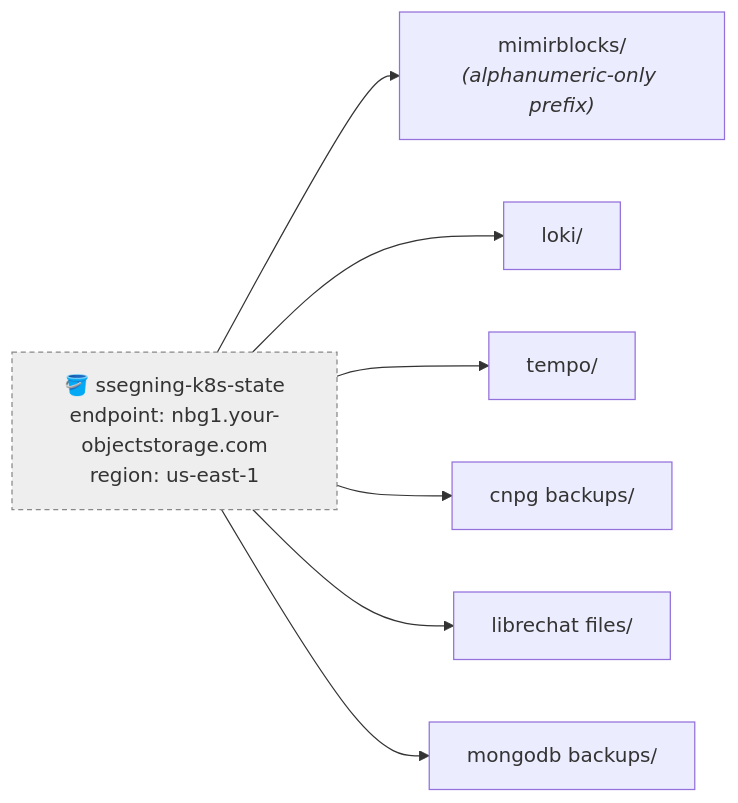
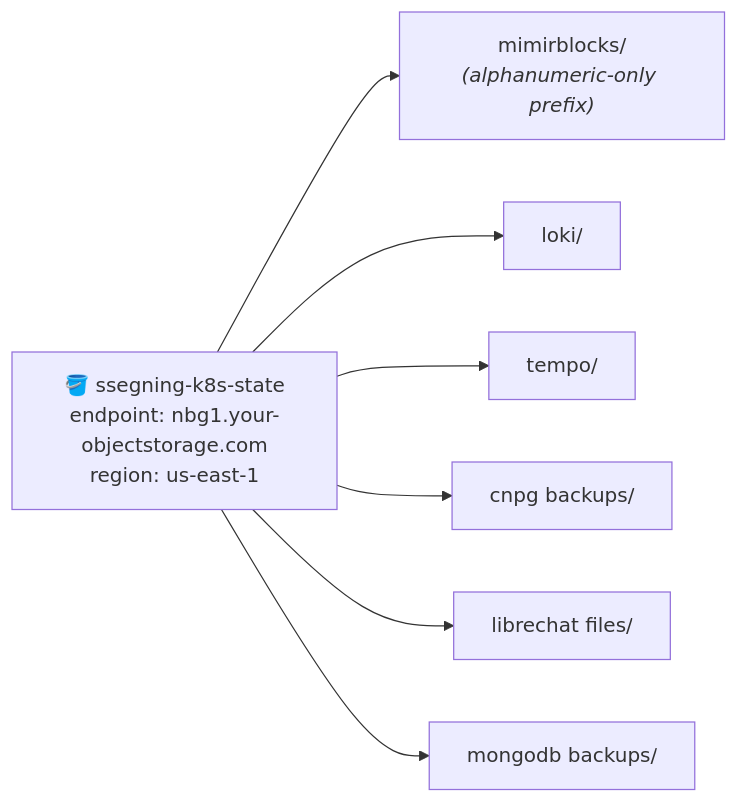
One commit to ADORSYS-GIS/ai-helm changed the second of 4 diagrams in docs/architecture/07-data-secrets.md. Above: the diagram before and after it, drawn with Mermaid. The commit also changed other lines of this file and 13 other files, not shown here.

First line of the commit message:
docs(architecture): uncolor all mermaid; refresh CD/components; add diagrams

````diff
--- a/docs/architecture/07-data-secrets.md
+++ b/docs/architecture/07-data-secrets.md
@@ -52,11 +50,10 @@
 ```mermaid
 flowchart LR
-    BUCKET["🪣 ssegning-k8s-state<br/>endpoint: nbg1.your-objectstorage.com<br/>region: us-east-1"]:::ext
+    BUCKET["🪣 ssegning-k8s-state<br/>endpoint: nbg1.your-objectstorage.com<br/>region: us-east-1"]
     BUCKET --> P1["mimirblocks/<br/><i>(alphanumeric-only prefix)</i>"]
     BUCKET --> P2["loki/"]
     BUCKET --> P3["tempo/"]
     BUCKET --> P4["cnpg backups/"]
     BUCKET --> P5["librechat files/"]
     BUCKET --> P6["mongodb backups/"]
-    classDef ext fill:#eee,stroke:#888,stroke-dasharray:4 3;
 ```
````
